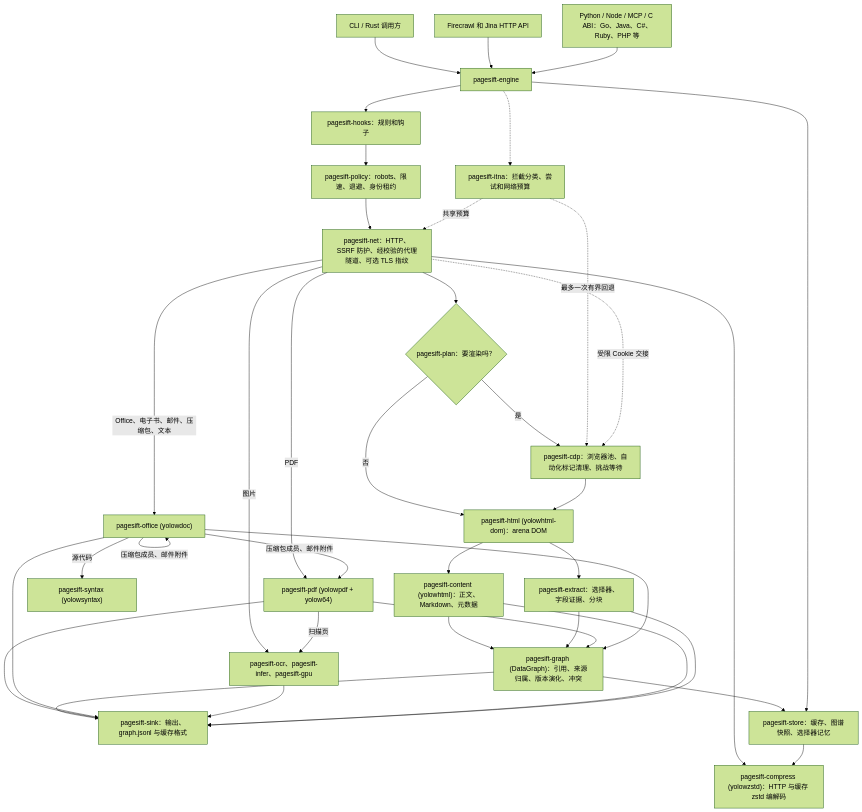
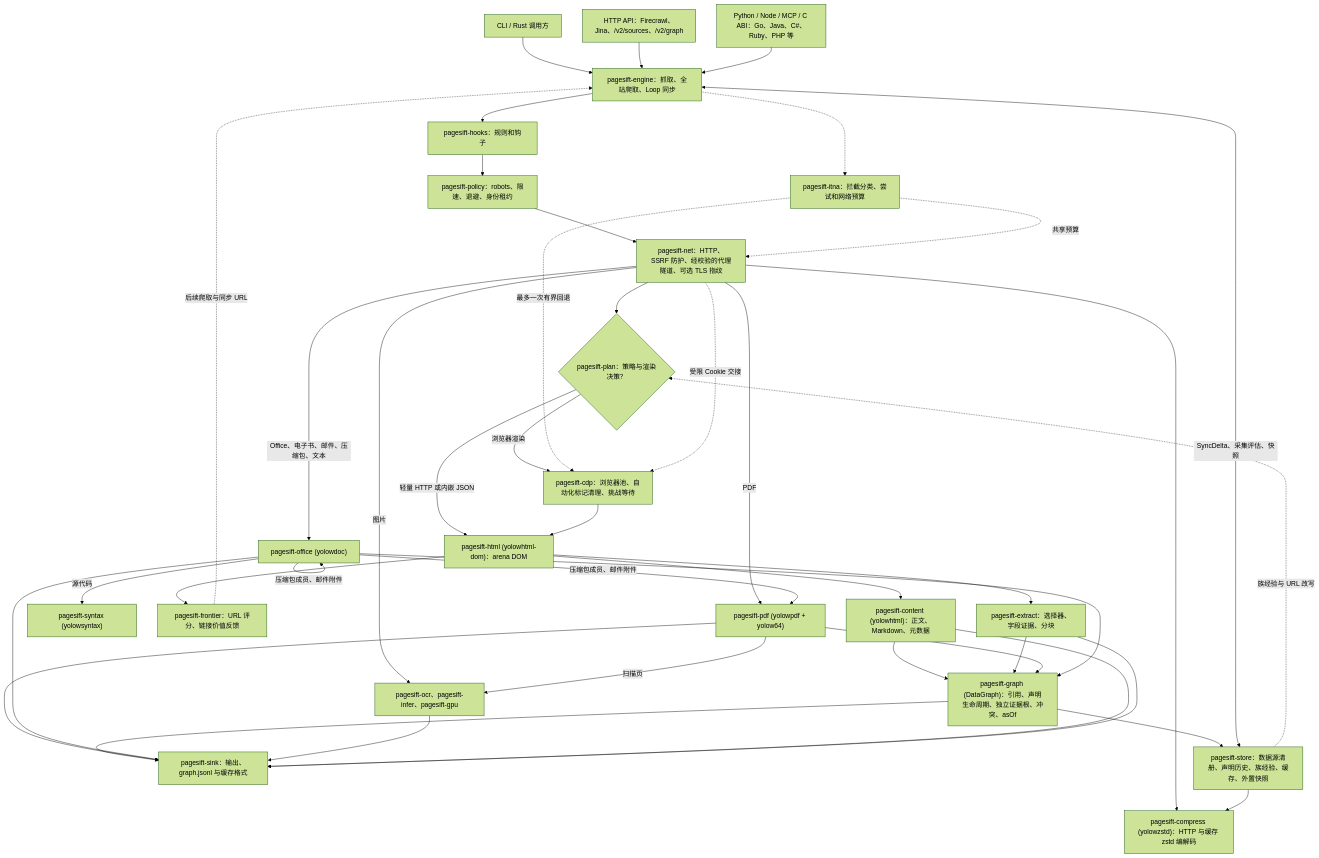
The second of 3 diagrams in docs/README.zh-CN.md (YOLOW92/pagesift), drawn with Mermaid (forest theme) before and after one commit. The commit also changed other lines of this file and 126 other files, not shown here.

````diff
--- a/docs/README.zh-CN.md
+++ b/docs/README.zh-CN.md
@@ -235,40 +236,43 @@
 ```mermaid
 flowchart TD
-    CLI[CLI / Rust 调用方] --> Engine[pagesift-engine]
-    HTTP[Firecrawl 和 Jina HTTP API] --> Engine
-    Bindings[Python / Node / MCP / C ABI：Go、Java、C#、Ruby、PHP 等] --> Engine
-    Engine --> Hooks[pagesift-hooks：规则和钩子]
-    Hooks --> Policy[pagesift-policy：robots、限速、退避、身份租约]
-    Policy --> Net[pagesift-net：HTTP、SSRF 防护、经校验的代理隧道、可选 TLS 指纹]
-    Net --> Plan{pagesift-plan：要渲染吗？}
-    Plan -->|否| DOM["pagesift-html (yolowhtml-dom)：arena DOM"]
-    Plan -->|是| CDP[pagesift-cdp：浏览器池、自动化标记清理、挑战等待]
+    CLI["CLI / Rust 调用方"] --> Engine["pagesift-engine：抓取、全站爬取、Loop 同步"]
+    HTTP["HTTP API：Firecrawl、Jina、/v2/sources、/v2/graph"] --> Engine
+    Bindings["Python / Node / MCP / C ABI：Go、Java、C#、Ruby、PHP 等"] --> Engine
+    Engine --> Hooks["pagesift-hooks：规则和钩子"]
+    Hooks --> Policy["pagesift-policy：robots、限速、退避、身份租约"]
+    Policy --> Net["pagesift-net：HTTP、SSRF 防护、经校验的代理隧道、可选 TLS 指纹"]
+    Net --> Plan{"pagesift-plan：策略与渲染决策？"}
+    Plan -->|轻量 HTTP 或内嵌 JSON| DOM["pagesift-html (yolowhtml-dom)：arena DOM"]
+    Plan -->|浏览器渲染| CDP["pagesift-cdp：浏览器池、自动化标记清理、挑战等待"]
     CDP --> DOM
     Net -->|PDF| PDF["pagesift-pdf (yolowpdf + yolow64)"]
     Net -->|Office、电子书、邮件、压缩包、文本| Office["pagesift-office (yolowdoc)"]
-    Net -->|图片| OCR[pagesift-ocr, pagesift-infer, pagesift-gpu]
+    Net -->|图片| OCR["pagesift-ocr、pagesift-infer、pagesift-gpu"]
     Office -->|压缩包成员、邮件附件| Office
     Office -->|压缩包成员、邮件附件| PDF
     Office -->|源代码| Syntax["pagesift-syntax (yolowsyntax)"]
-    PDF -->|扫描页| OCR[pagesift-ocr、pagesift-infer、pagesift-gpu]
+    PDF -->|扫描页| OCR
+    DOM --> Frontier["pagesift-frontier：URL 评分、链接价值反馈"]
+    Frontier -.->|后续爬取与同步 URL| Engine
     DOM --> Content["pagesift-content (yolowhtml)：正文、Markdown、元数据"]
-    DOM --> Extract[pagesift-extract：选择器、字段证据、分块]
-    Content --> Graph["pagesift-graph (DataGraph)：引用、来源归属、版本演化、冲突"]
+    DOM --> Extract["pagesift-extract：选择器、字段证据、分块"]
+    Content --> Graph["pagesift-graph (DataGraph)：引用、声明生命周期、独立证据根、冲突、asOf"]
     Extract --> Graph
     PDF --> Graph
     Office --> Graph
-    Graph --> Sink[pagesift-sink：输出、graph.jsonl 与缓存格式]
+    Graph --> Sink["pagesift-sink：输出、graph.jsonl 与缓存格式"]
     PDF --> Sink
     Office --> Sink
     OCR --> Sink
     Content --> Sink
     Extract --> Sink
-    Graph --> Store[pagesift-store：缓存、图谱快照、选择器记忆]
-    Engine --> Store
+    Graph --> Store["pagesift-store：数据源清册、声明历史、族经验、缓存、外置快照"]
+    Engine <-->|SyncDelta、采集评估、快照| Store
+    Store -.->|族经验与 URL 改写| Plan
     Net --> Compress["pagesift-compress (yolowzstd)：HTTP 与缓存 zstd 编解码"]
     Store --> Compress
-    Engine -.-> ITNA[pagesift-itna：拦截分类、尝试和网络预算]
+    Engine -.-> ITNA["pagesift-itna：拦截分类、尝试和网络预算"]
     ITNA -.->|共享预算| Net
     ITNA -.->|最多一次有界回退| CDP
     Net -.->|受限 Cookie 交接| CDP
 ```
````
